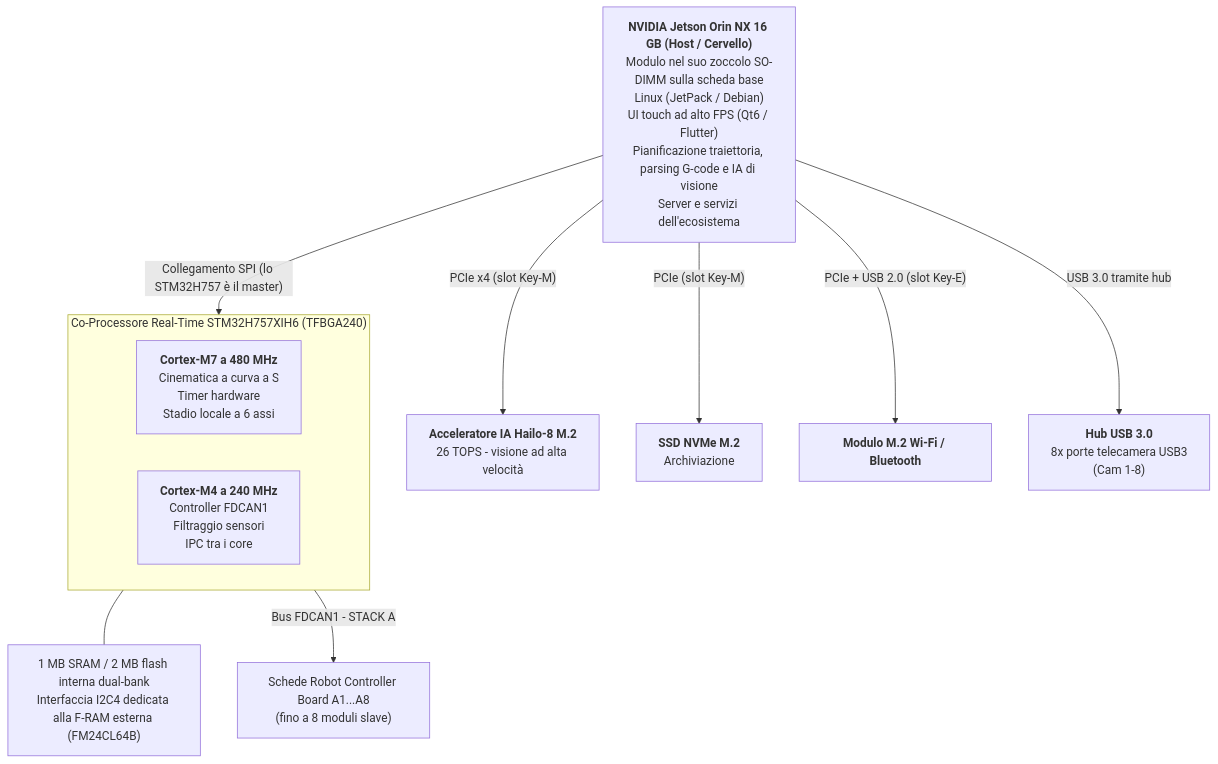
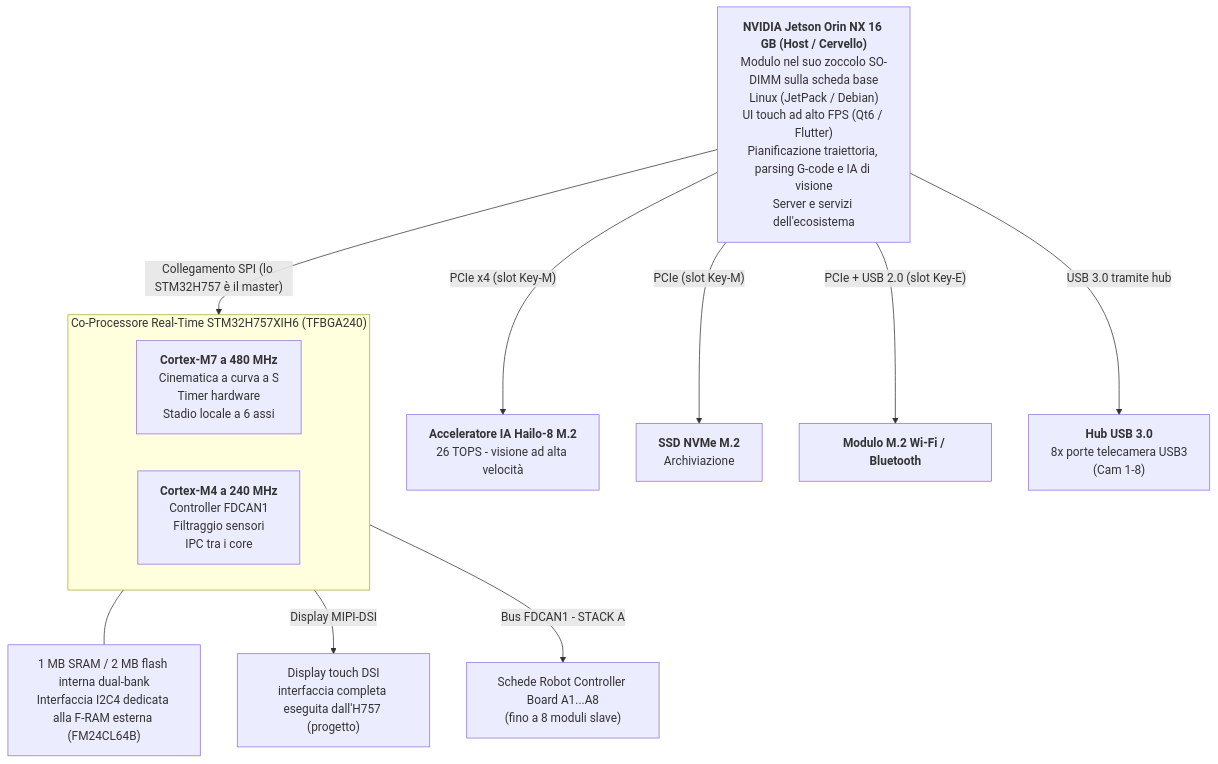
One commit to JuanenRac/HYDRA-UMC changed the first of 3 diagrams in README_ita.md. Above: the diagram before and after it, drawn with Mermaid. The commit also changed other lines of this file and 8 other files, not shown here.

Commit message:
README: the DSI display hangs from the STM32H757 in the target design, with a degraded-mode bullet

````diff
--- a/README_ita.md
+++ b/README_ita.md
@@ -95,21 +96,22 @@
 ```mermaid
 flowchart TB
     JETSON["<b>NVIDIA Jetson Orin NX 16 GB (Host / Cervello)</b><br/>Modulo nel suo zoccolo SO-DIMM sulla scheda base<br/>Linux (JetPack / Debian)<br/>UI touch ad alto FPS (Qt6 / Flutter)<br/>Pianificazione traiettoria, parsing G-code e IA di visione<br/>Server e servizi dell'ecosistema"]
 
     JETSON -- "PCIe x4 (slot Key-M)" --> HAILO8["<b>Acceleratore IA Hailo-8 M.2</b><br/>26 TOPS - visione ad alta velocità"]
     JETSON -- "PCIe (slot Key-M)" --> NVME["<b>SSD NVMe M.2</b><br/>Archiviazione"]
     JETSON -- "PCIe + USB 2.0 (slot Key-E)" --> WIFI["<b>Modulo M.2 Wi-Fi / Bluetooth</b>"]
     JETSON -- "USB 3.0 tramite hub" --> HUBS["<b>Hub USB 3.0</b><br/>8x porte telecamera USB3<br/>(Cam 1-8)"]
 
     JETSON -- "Collegamento SPI (lo STM32H757 è il master)" --> MCU
 
     subgraph MCU["Co-Processore Real-Time STM32H757XIH6 (TFBGA240)"]
         direction LR
         CM7["<b>Cortex-M7 a 480 MHz</b><br/>Cinematica a curva a S<br/>Timer hardware<br/>Stadio locale a 6 assi"]
         CM4["<b>Cortex-M4 a 240 MHz</b><br/>Controller FDCAN1<br/>Filtraggio sensori<br/>IPC tra i core"]
     end
     MEM["1 MB SRAM / 2 MB flash interna dual-bank<br/>Interfaccia I2C4 dedicata alla F-RAM esterna (FM24CL64B)"]
     MCU --- MEM
+    MCU -- "Display MIPI-DSI" --> DSIDISP["Display touch DSI<br/>interfaccia completa eseguita dall'H757 (progetto)"]
 
     MCU -- "Bus FDCAN1 - STACK A" --> ROBOTS["Schede Robot Controller Board A1...A8<br/>(fino a 8 moduli slave)"]
 ```
````
